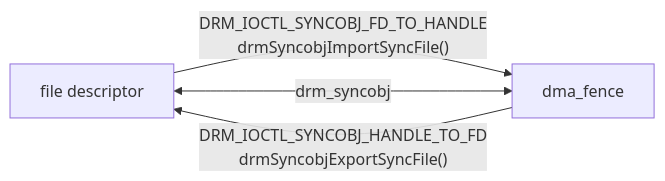
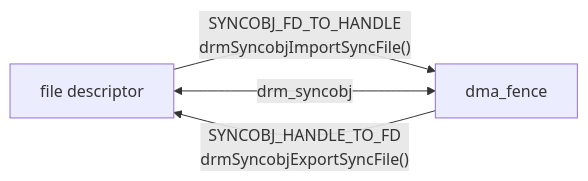
One commit to lucmann/lucmann.github.io changed the fifth of 6 diagrams in source/_posts/lnx/dma-buf.md. Above: the diagram before and after it, drawn with Mermaid. The commit also changed other lines of this file, not shown here.

Commit message:
linux: too long text for annotation in mermaid

````diff
--- a/source/_posts/lnx/dma-buf.md
+++ b/source/_posts/lnx/dma-buf.md
@@ -367,9 +367,9 @@
 ```mermaid
 flowchart LR
   A[file descriptor]
   B[dma_fence]
 
-  A -- DRM_IOCTL_SYNCOBJ_FD_TO_HANDLE<br>drmSyncobjImportSyncFile() --> B
+  A -- SYNCOBJ_FD_TO_HANDLE<br>drmSyncobjImportSyncFile() --> B
   A <-- drm_syncobj --> B
-  B -- DRM_IOCTL_SYNCOBJ_HANDLE_TO_FD<br>drmSyncobjExportSyncFile() --> A
+  B -- SYNCOBJ_HANDLE_TO_FD<br>drmSyncobjExportSyncFile() --> A
 ```
````
